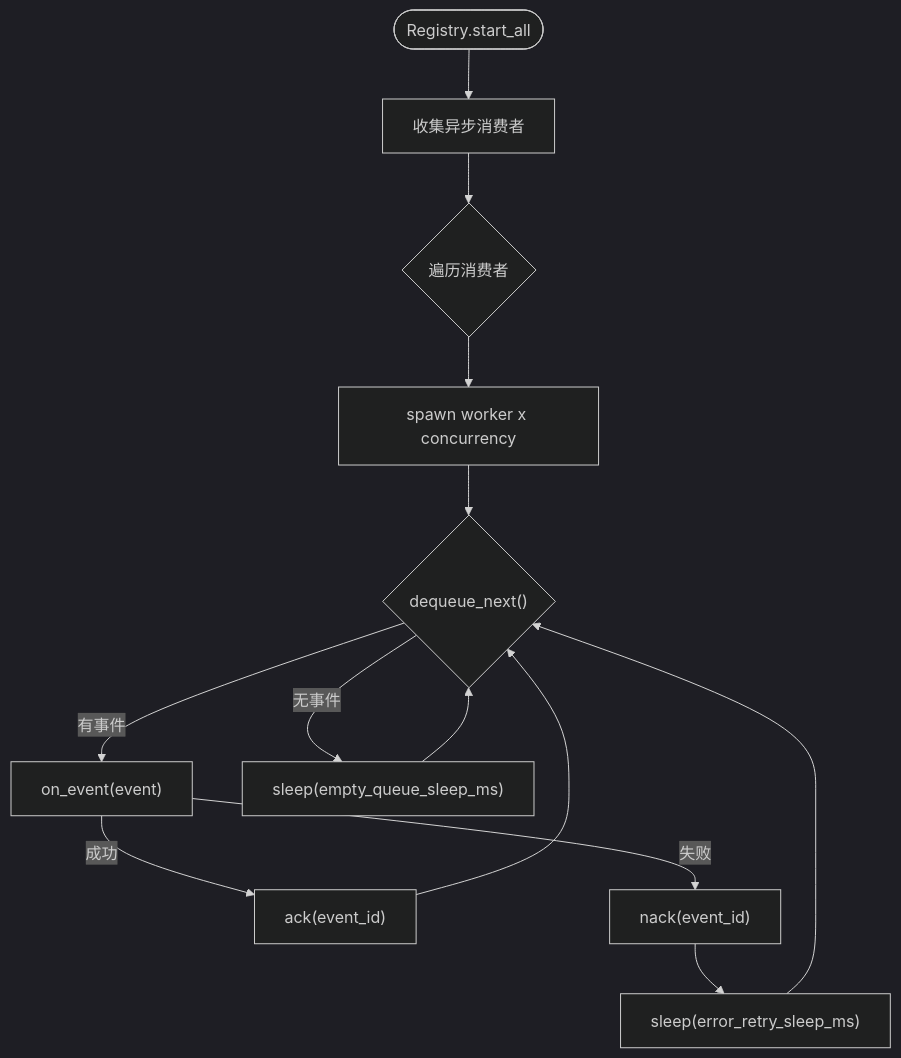
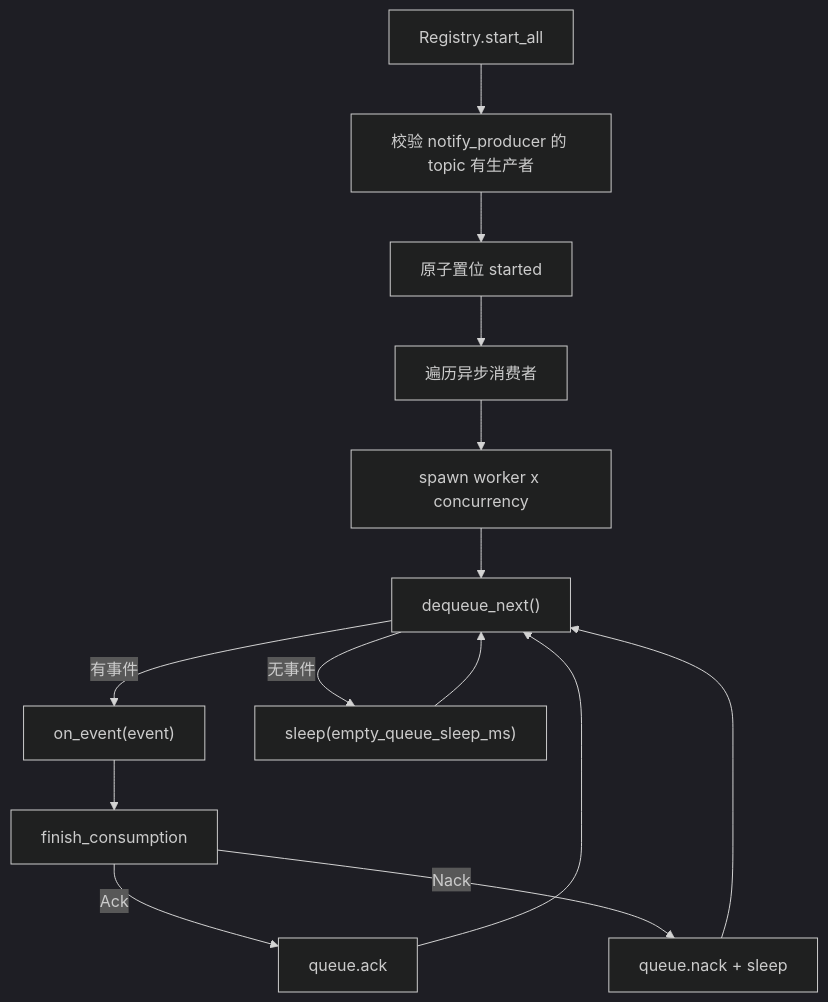
One commit to runningcoders/ai_orz changed the fifth of 7 diagrams in docs/wiki/zh/content/基础设施/AOP 事件系统/AOP 事件系统.md. Above: the diagram before and after it, drawn with Mermaid (dark theme). The commit also changed other lines of this file and 37 other files, not shown here.

````diff
--- a/docs/wiki/zh/content/基础设施/AOP 事件系统/AOP 事件系统.md
+++ b/docs/wiki/zh/content/基础设施/AOP 事件系统/AOP 事件系统.md
@@ -262,15 +265,16 @@
 ```mermaid
-flowchart TD
-Start(["Registry.start_all"]) --> Collect["收集异步消费者"]
-Collect --> ForEach{"遍历消费者"}
+graph TB
+Start["Registry.start_all"] --> Validate["校验 notify_producer 的 topic 有生产者"]
+Validate --> MarkStarted["原子置位 started"]
+MarkStarted --> ForEach["遍历异步消费者"]
 ForEach --> Spawn["spawn worker x concurrency"]
-Spawn --> Loop{"dequeue_next()"}
+Spawn --> Loop["dequeue_next()"]
 Loop --> |有事件| OnEvent["on_event(event)"]
-OnEvent --> |成功| Ack["ack(event_id)"]
+OnEvent --> Finish["finish_consumption"]
+Finish --> |Ack| Ack["queue.ack"]
+Finish --> |Nack| Nack["queue.nack + sleep"]
 Ack --> Loop
-OnEvent --> |失败| Nack["nack(event_id)"]
-Nack --> Sleep["sleep(error_retry_sleep_ms)"]
-Sleep --> Loop
+Nack --> Loop
 Loop --> |无事件| Wait["sleep(empty_queue_sleep_ms)"]
 Wait --> Loop
 ```
````
